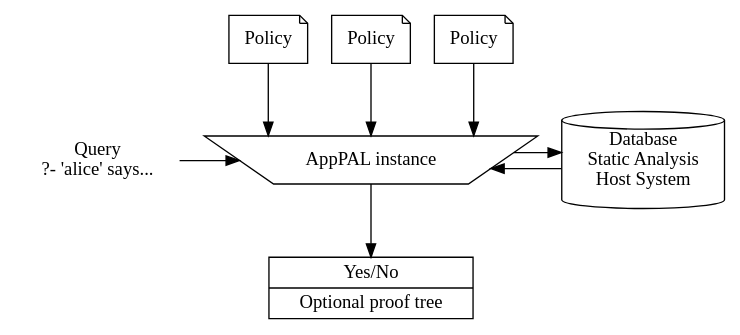
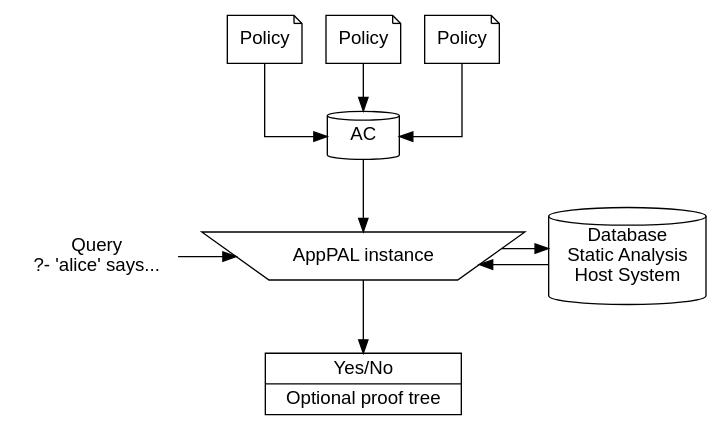
One commit to bogwonch/phd-thesis changed the diagram in figures/apppal-evaluation.dot. Above: the diagram before and after it, drawn with Graphviz.

Commit message:
updated a figure

```diff
--- a/figures/apppal-evaluation.dot
+++ b/figures/apppal-evaluation.dot
@@ -1,32 +1,37 @@
 digraph apppaleval {
   //rankdir=LR;
   compound=true;
-  graph [splines=ortho]
+  graph [splines=ortho fontname="helvetica"]
+  node [fontname="helvetica"]
+  edge [fontname="helvetica"]
+
 
   {
     rank=same;
     policy1 [shape=note label="Policy"];
     policy2 [shape=note label="Policy"];
     policy3 [shape=note label="Policy"];
   }
+  ac [shape=cylinder label="AC"];
   {
     rank=same;
     query [shape=plaintext label="Query\n?- 'alice' says..."];
     apppal [shape=invtrapezium label="AppPAL instance"];
     db     [shape=cylinder label="Database\nStatic Analysis\nHost System"]; 
   }
 
   {
     rank=same;
     answer [shape=record label="{ Yes/No | Optional proof tree }"];
   }
 
-  policy1 -> apppal;
-  policy2 -> apppal;
-  policy3 -> apppal;
+  policy1 -> ac;
+  policy2 -> ac;
+  policy3 -> ac;
+  ac -> apppal;
   query -> apppal;
   apppal -> answer;
 
   apppal -> db;
   db     -> apppal;
 }
```
